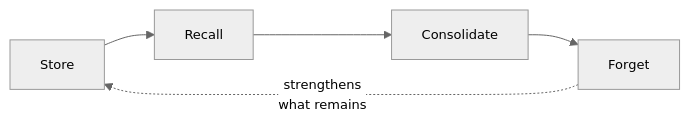
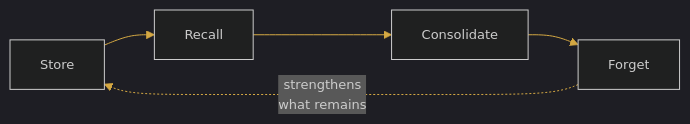
Before and after one commit to Dakera-AI/.github: the third of 5 diagrams in profile/README.md, drawn with Mermaid. The commit also changed other lines of this file and 2 other files, not shown here.

First line of the commit message:
refactor: add brand logo, apply dark/gold theme, remove premature details

````diff
--- a/profile/README.md
+++ b/profile/README.md
@@ -123,8 +120,8 @@
 ```mermaid
-%%{init: {'theme': 'neutral', 'themeVariables': { 'fontSize': '13px' }}}%%
+%%{init: {'theme': 'dark', 'themeVariables': { 'fontSize': '13px', 'primaryColor': '#1a1a2e', 'primaryTextColor': '#f0cc70', 'primaryBorderColor': '#D4A843', 'lineColor': '#D4A843', 'secondaryColor': '#161616', 'tertiaryColor': '#0d0d0d' }}}%%
 flowchart LR
     STORE["Store"] --> RECALL["Recall"]
     RECALL --> CONSOLIDATE["Consolidate"]
     CONSOLIDATE --> FORGET["Forget"]
     FORGET -.->|"strengthens\nwhat remains"| STORE
 ```
````
